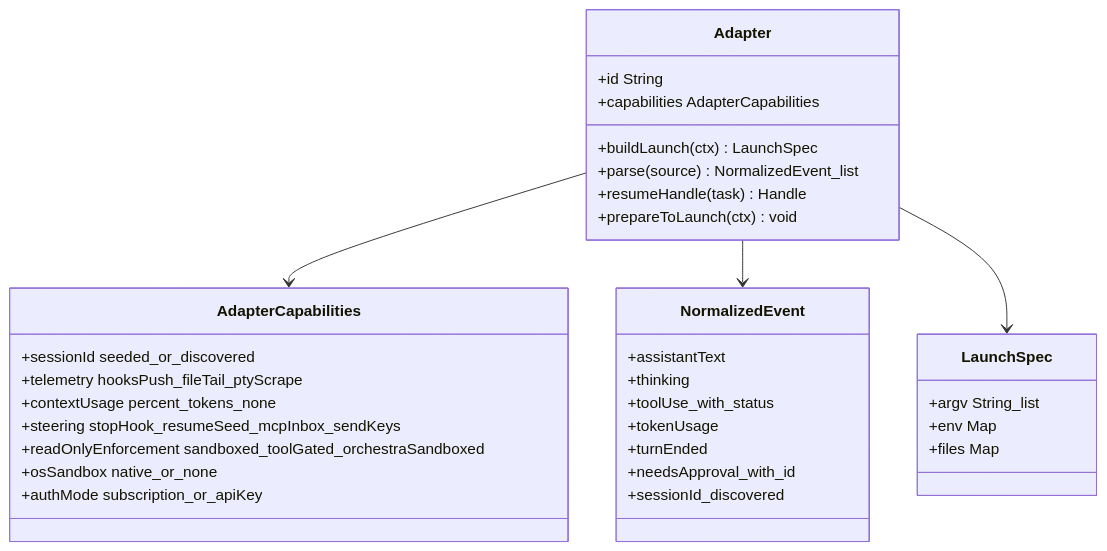
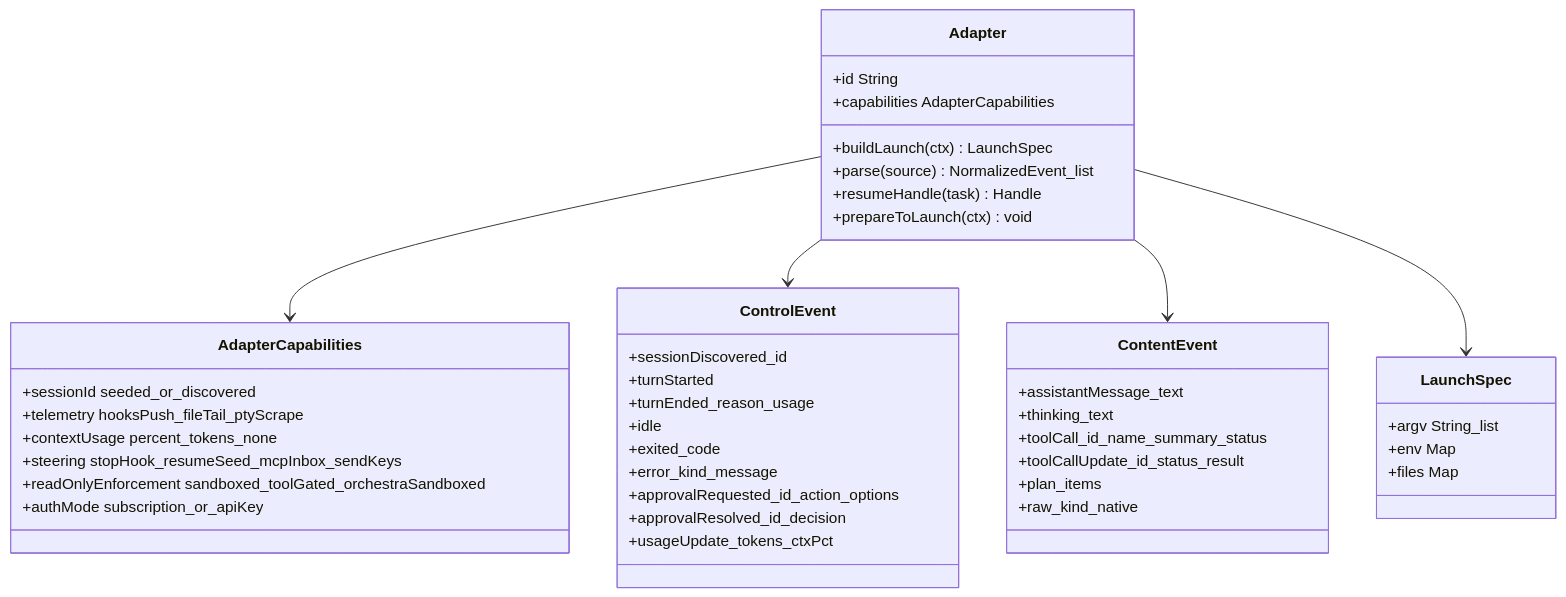
One commit to PeiAllen/claude-kanban changed the second of 7 diagrams in notes/designs/agent-provider-interface.md. Above: the diagram before and after it, drawn with Mermaid. The commit also changed other lines of this file and 1 other file, not shown here.

First line of the commit message:
design(agent-provider): two-tier events, start-action launch seam, trust model, access interface

````diff
--- a/notes/designs/agent-provider-interface.md
+++ b/notes/designs/agent-provider-interface.md
@@ -145,37 +145,47 @@
 ```mermaid
 classDiagram
     class Adapter {
       +id String
       +capabilities AdapterCapabilities
       +buildLaunch(ctx) LaunchSpec
       +parse(source) NormalizedEvent_list
       +resumeHandle(task) Handle
       +prepareToLaunch(ctx) void
     }
     class AdapterCapabilities {
       +sessionId  seeded_or_discovered
       +telemetry  hooksPush_fileTail_ptyScrape
       +contextUsage  percent_tokens_none
       +steering  stopHook_resumeSeed_mcpInbox_sendKeys
       +readOnlyEnforcement  sandboxed_toolGated_orchestraSandboxed
-      +osSandbox  native_or_none
       +authMode  subscription_or_apiKey
     }
-    class NormalizedEvent {
-      +assistantText
-      +thinking
-      +toolUse_with_status
-      +tokenUsage
-      +turnEnded
-      +needsApproval_with_id
-      +sessionId_discovered
+    class ControlEvent {
+      +sessionDiscovered_id
+      +turnStarted
+      +turnEnded_reason_usage
+      +idle
+      +exited_code
+      +error_kind_message
+      +approvalRequested_id_action_options
+      +approvalResolved_id_decision
+      +usageUpdate_tokens_ctxPct
+    }
+    class ContentEvent {
+      +assistantMessage_text
+      +thinking_text
+      +toolCall_id_name_summary_status
+      +toolCallUpdate_id_status_result
+      +plan_items
+      +raw_kind_native
     }
     class LaunchSpec {
       +argv String_list
       +env Map
       +files Map
     }
     Adapter --> AdapterCapabilities
-    Adapter --> NormalizedEvent
+    Adapter --> ControlEvent
+    Adapter --> ContentEvent
     Adapter --> LaunchSpec
 ```
````
